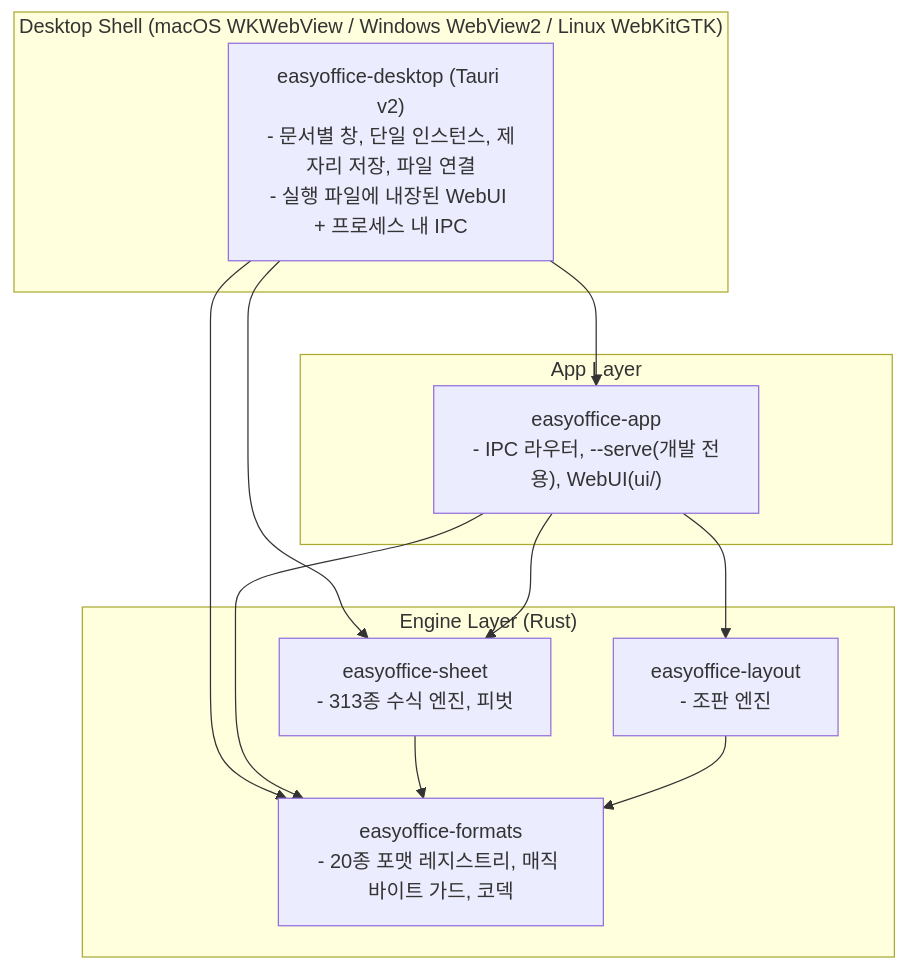
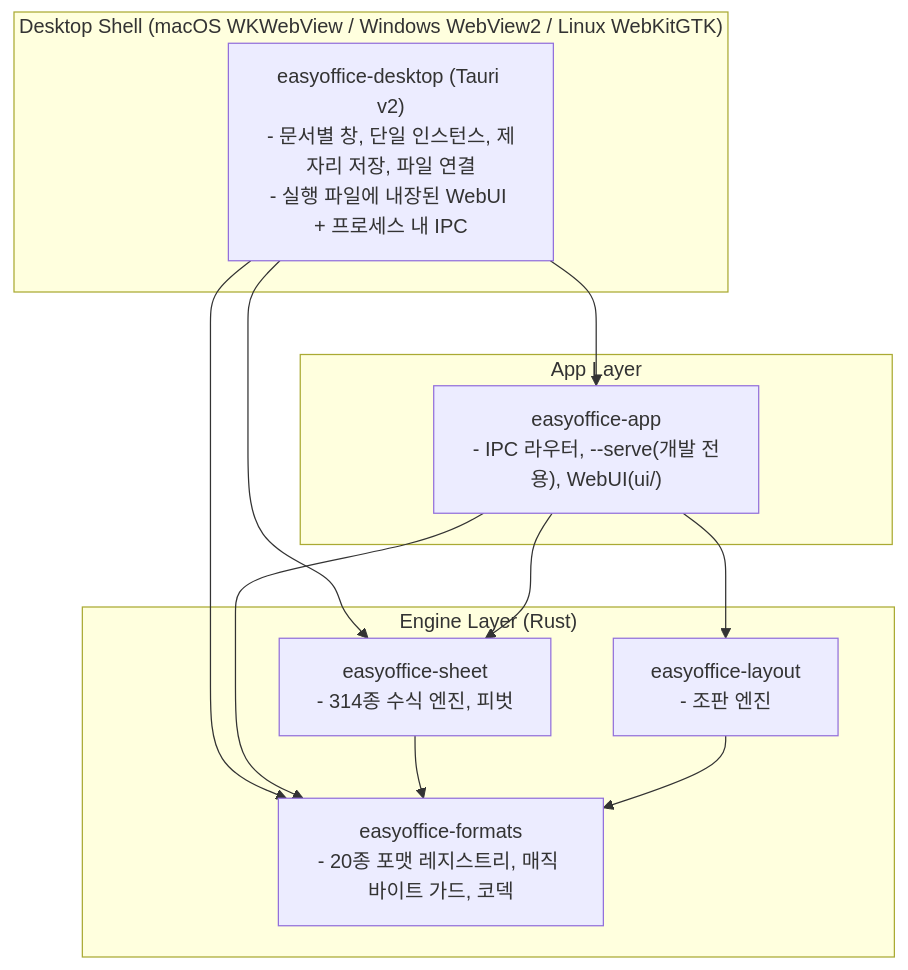
The diagram in docs/architecture.md (AquilaXk/easyoffice), drawn with Mermaid before and after one commit. The commit also changed 27 other files, not shown here.

````diff
--- a/docs/architecture.md
+++ b/docs/architecture.md
@@ -11,22 +11,22 @@
 ```mermaid
 flowchart TD
     subgraph ShellLayer["Desktop Shell (macOS WKWebView / Windows WebView2 / Linux WebKitGTK)"]
         Desktop["easyoffice-desktop (Tauri v2)\n- 문서별 창, 단일 인스턴스, 제자리 저장, 파일 연결\n- 실행 파일에 내장된 WebUI + 프로세스 내 IPC"]
     end
     subgraph AppLayer["App Layer"]
         App["easyoffice-app\n- IPC 라우터, --serve(개발 전용), WebUI(ui/)"]
     end
     subgraph CoreLayer["Engine Layer (Rust)"]
         Formats["easyoffice-formats\n- 20종 포맷 레지스트리, 매직 바이트 가드, 코덱"]
-        Sheet["easyoffice-sheet\n- 313종 수식 엔진, 피벗"]
+        Sheet["easyoffice-sheet\n- 314종 수식 엔진, 피벗"]
         Layout["easyoffice-layout\n- 조판 엔진"]
     end
     Desktop --> App
     Desktop --> Formats
     Desktop --> Sheet
     App --> Formats
     App --> Sheet
     App --> Layout
     Sheet --> Formats
     Layout --> Formats
 ```
````
